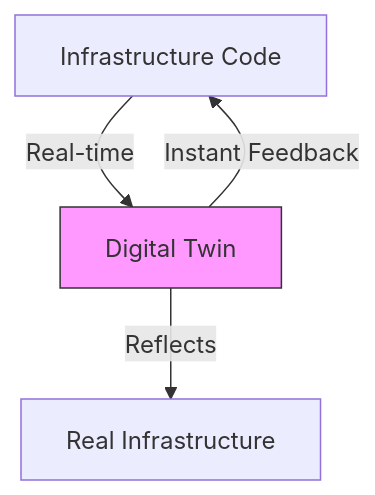
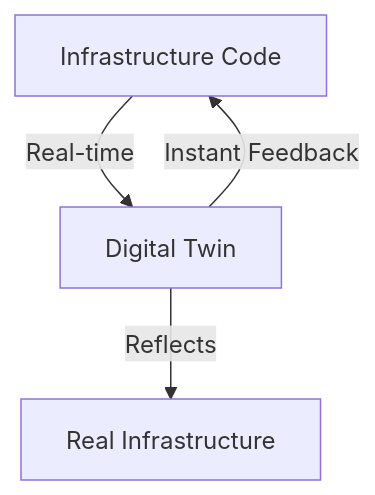
The first of 3 diagrams in pages/section-6.md (voioo/iac-pulumi-seminar), drawn with Mermaid before and after one commit. The commit also changed other lines of this file and 6 other files, not shown here.

````diff
--- a/pages/section-6.md
+++ b/pages/section-6.md
@@ -29,7 +29,6 @@
 ```mermaid {scale: 0.7}
 flowchart TD
     A[Infrastructure Code] -->|Real-time| B[Digital Twin]
     B -->|Instant Feedback| A
     B -->|Reflects| C[Real Infrastructure]
-    style B fill:#f9f,stroke:#333
 ```
````
